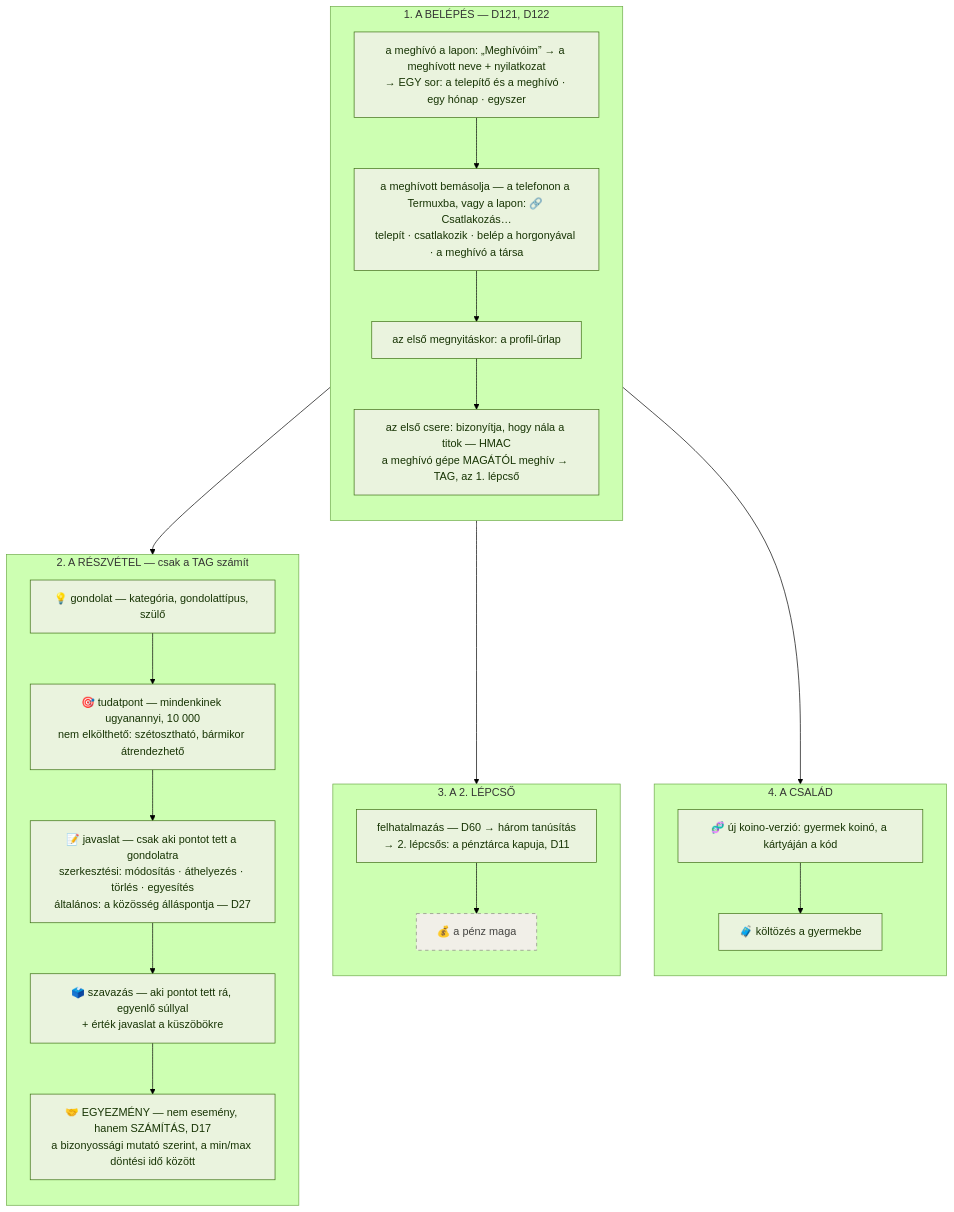
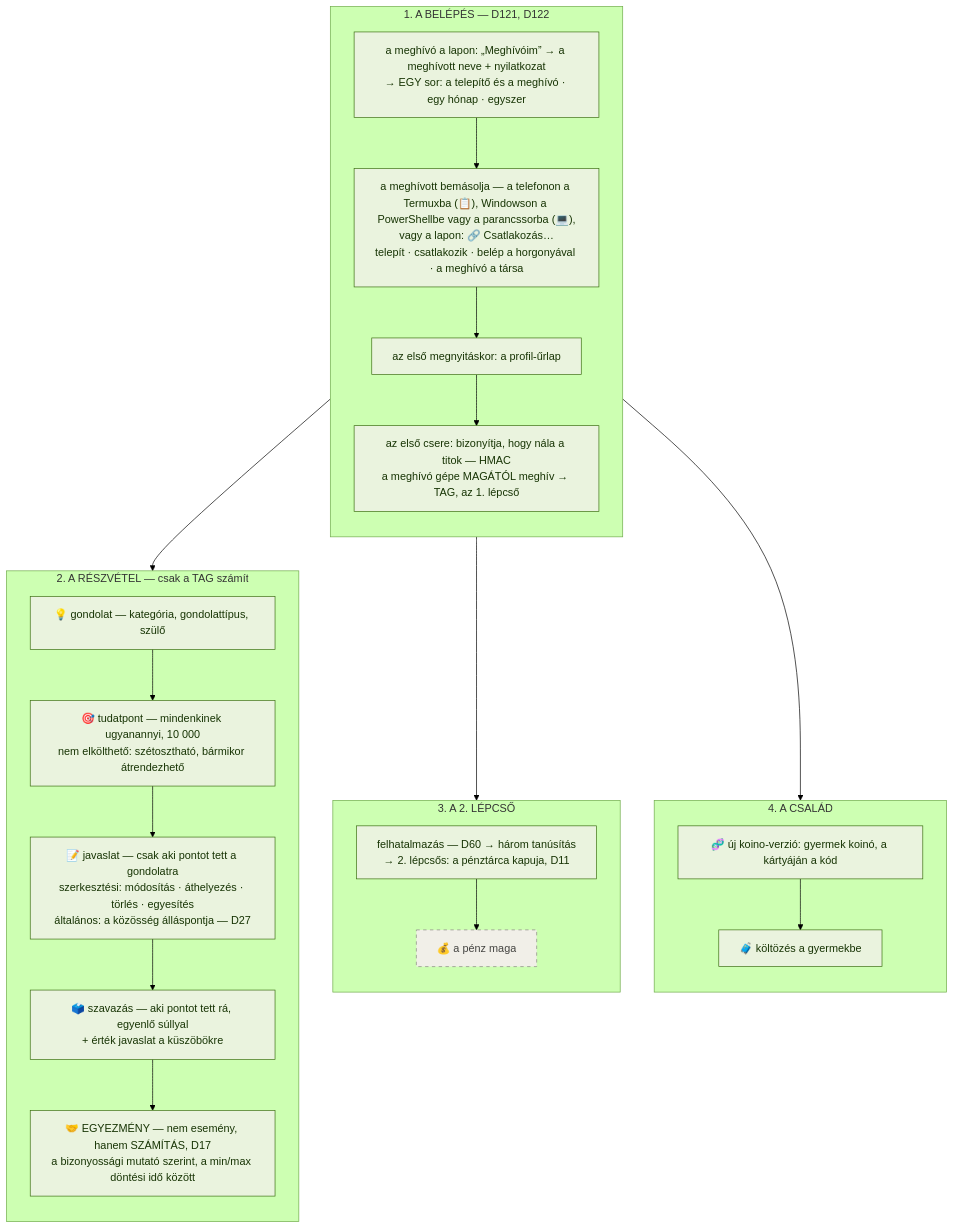
One commit to Biszt/koino_1.1 changed the sixth of 8 diagrams in docs/folyamatabra.md. Above: the diagram before and after it, drawn with Mermaid (forest theme). The commit also changed other lines of this file and 13 other files, not shown here.

````diff
--- a/docs/folyamatabra.md
+++ b/docs/folyamatabra.md
@@ -279,41 +280,41 @@
 ```mermaid
 %%{init: {"flowchart": {"wrappingWidth": 300}}}%%
 flowchart TD
     subgraph BEL["1. A BELÉPÉS — D121, D122"]
         direction TB
         A1["a meghívó a lapon: „Meghívóim” → a meghívott neve + nyilatkozat<br/>→ EGY sor: a telepítő és a meghívó · egy hónap · egyszer"]
-        A2["a meghívott bemásolja — a telefonon a Termuxba, vagy a lapon: 🔗 Csatlakozás…<br/>telepít · csatlakozik · belép a horgonyával · a meghívó a társa"]
+        A2["a meghívott bemásolja — a telefonon a Termuxba (📋), Windowson a PowerShellbe vagy a parancssorba (💻),<br/>vagy a lapon: 🔗 Csatlakozás…<br/>telepít · csatlakozik · belép a horgonyával · a meghívó a társa"]
         A3["az első megnyitáskor: a profil-űrlap"]
         A4["az első csere: bizonyítja, hogy nála a titok — HMAC<br/>a meghívó gépe MAGÁTÓL meghív → TAG, az 1. lépcső"]
         A1 --> A2 --> A3 --> A4
     end
     subgraph RES["2. A RÉSZVÉTEL — csak a TAG számít"]
         direction TB
         B1["💡 gondolat — kategória, gondolattípus, szülő"]
         B2["🎯 tudatpont — mindenkinek ugyanannyi, 10 000<br/>nem elkölthető: szétosztható, bármikor átrendezhető"]
         B3["📝 javaslat — csak aki pontot tett a gondolatra<br/>szerkesztési: módosítás · áthelyezés · törlés · egyesítés<br/>általános: a közösség álláspontja — D27"]
         B4["🗳️ szavazás — aki pontot tett rá, egyenlő súllyal<br/>+ érték javaslat a küszöbökre"]
         B5["🤝 EGYEZMÉNY — nem esemény, hanem SZÁMÍTÁS, D17<br/>a bizonyossági mutató szerint, a min/max döntési idő között"]
         B1 --> B2 --> B3 --> B4 --> B5
     end
     subgraph LEP["3. A 2. LÉPCSŐ"]
         direction TB
         C1["felhatalmazás — D60 → három tanúsítás<br/>→ 2. lépcsős: a pénztárca kapuja, D11"]
         C2["💰 a pénz maga"]
         C1 --> C2
     end
     subgraph CSA["4. A CSALÁD"]
         direction TB
         D1["🧬 új koino-verzió: gyermek koinó, a kártyáján a kód"]
         D2["🧳 költözés a gyermekbe"]
         D1 --> D2
     end
     BEL --> RES
     BEL --> LEP
     BEL --> CSA
 
     classDef kesz fill:#EAF3DE,stroke:#3B6D11,color:#173404
     classDef nincs fill:#F1EFE8,stroke:#888780,color:#444441,stroke-dasharray:5 5
     class A1,A2,A3,A4,B1,B2,B3,B4,B5,C1,D1,D2 kesz
     class C2 nincs
 ```
````
